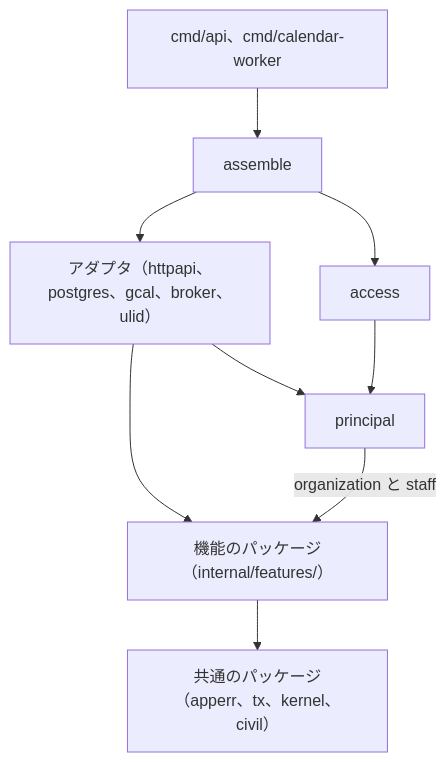
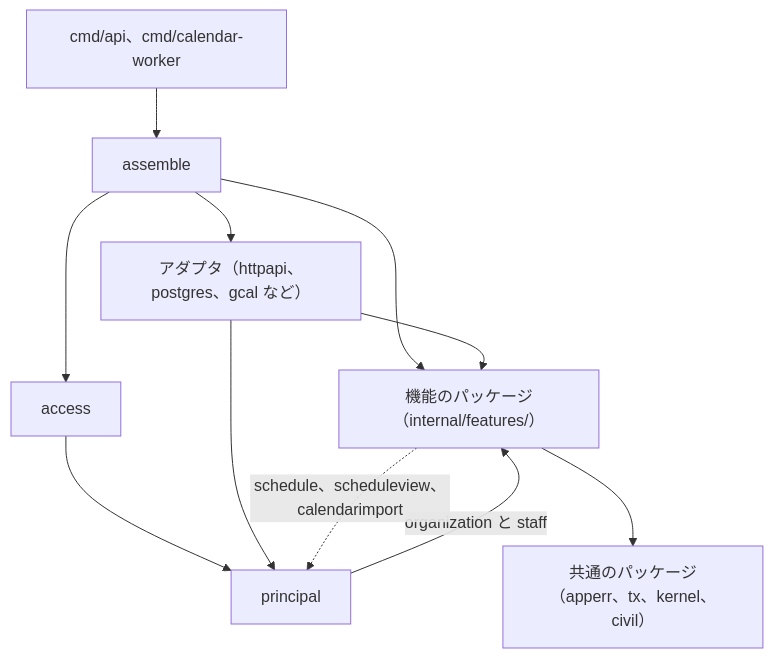
Before and after one commit to Fukuemon/buddy: the first of 2 diagrams in docs/adr/0005-schedule-api-packages.md, drawn with Mermaid. The commit also changed other lines of this file, not shown here.

First line of the commit message:
docs(adr): ADR-0005 から ADR-0032 が消す判断を外し、図と却下した案を直す #731

````diff
--- a/docs/adr/0005-schedule-api-packages.md
+++ b/docs/adr/0005-schedule-api-packages.md
@@ -56,11 +55,13 @@
 ```mermaid
 flowchart TB
     cmd["cmd/api、cmd/calendar-worker"] --> assemble
-    assemble --> adapters["アダプタ（httpapi、postgres、gcal、broker、ulid）"]
+    assemble --> adapters["アダプタ（httpapi、postgres、gcal など）"]
     assemble --> access
-    adapters --> features["機能のパッケージ（internal/features/）"]
+    assemble --> features["機能のパッケージ（internal/features/）"]
+    adapters --> features
     access --> principal
     adapters --> principal
     principal -->|organization と staff| features
+    features -.->|schedule、scheduleview、calendarimport| principal
     features --> common["共通のパッケージ（apperr、tx、kernel、civil）"]
 ```
````
